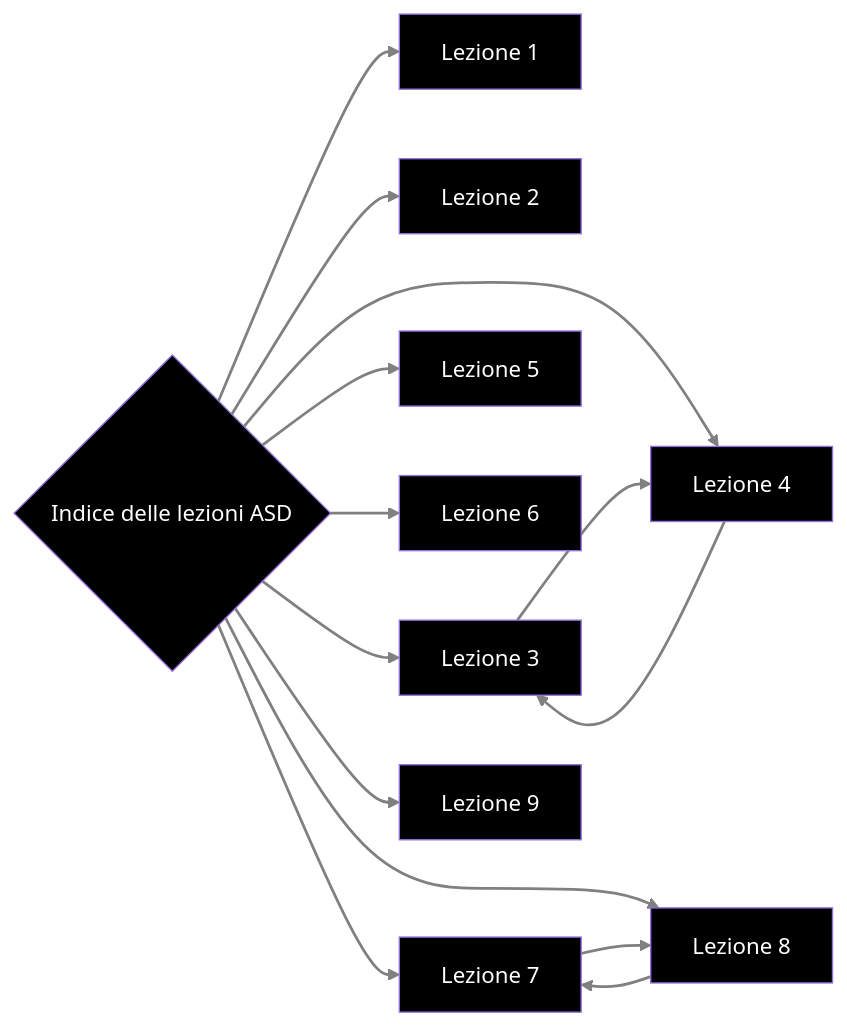
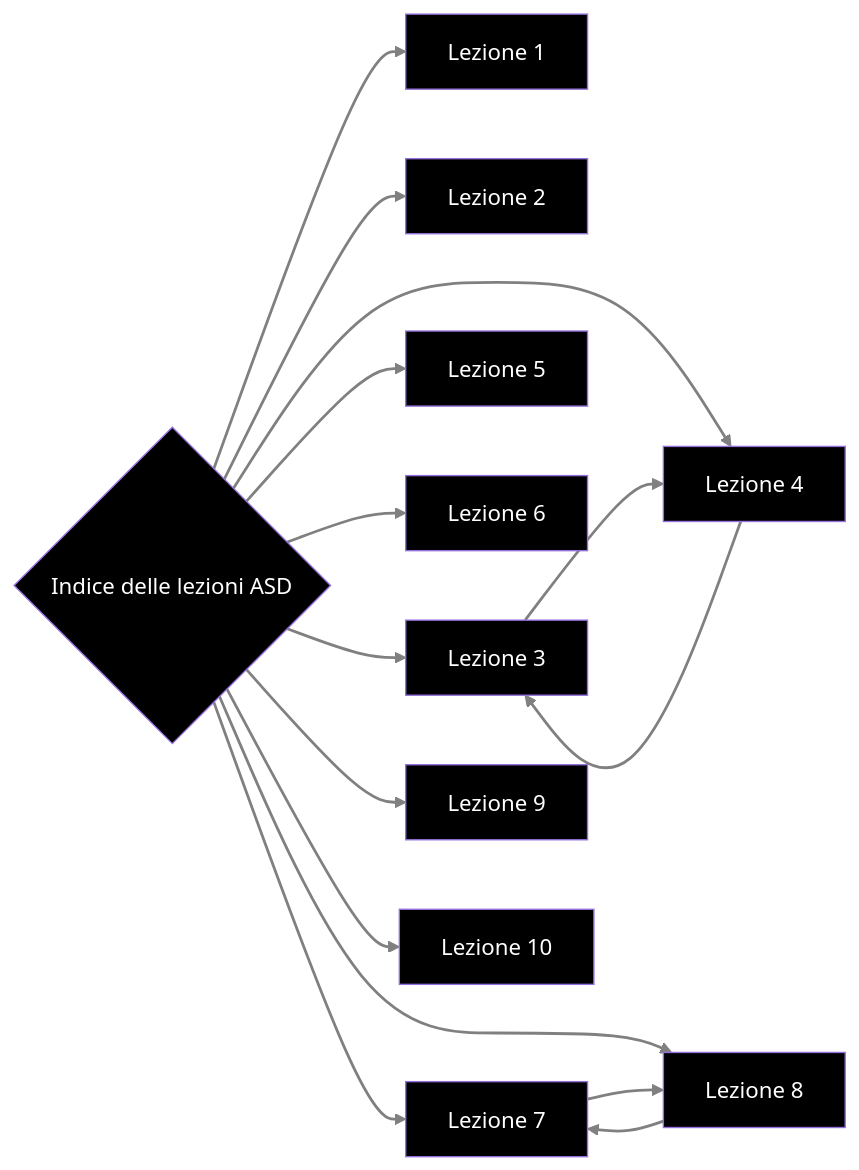
Before and after one commit to francosalvucci14/Appunti-II-anno: the diagram in Appunti ASD/MOD I/Indice degli appunti ASD.md, drawn with Mermaid. The commit also changed 1 other file, not shown here.

Commit message:
vault backup: 2022-11-24 15:16:18

````diff
--- a/Appunti ASD/MOD I/Indice degli appunti ASD.md
+++ b/Appunti ASD/MOD I/Indice degli appunti ASD.md
@@ -18,31 +18,33 @@
 ```mermaid
 graph LR
 	A{Indice delle lezioni ASD}
 	B[Lezione 1]
 	C[Lezione 2]
 	D[Lezione 3]
 	E[Lezione 4]
 	F[Lezione 5]
 	G[Lezione 6]
 	H[Lezione 7]
 	I[Lezione 8]
 	J[Lezione 9]
+	K[Lezione 10]
 	
 	linkStyle default stroke-width:2px,fill:none,stroke:grey,color:red
 
 	style A fill:black, color:#fff
 	style B fill:black, color:#fff
 	style C fill:black, color:#fff
 	style D fill:black, color:#fff
 	style E fill:black, color:#fff
 	style F fill:black, color:#fff
 	style G fill:black, color:#fff
 	style H fill:black, color:#fff
 	style I fill:black, color:#fff
 	style J fill:black, color:#fff
-	A-->B & C & D & E & F & G & H & I & J
+	style K fill:black, color:#fff
+	A-->B & C & D & E & F & G & H & I & J & K
 	H-->I
 	I-->H
 	D-->E
 	E-->D
 ```
````
